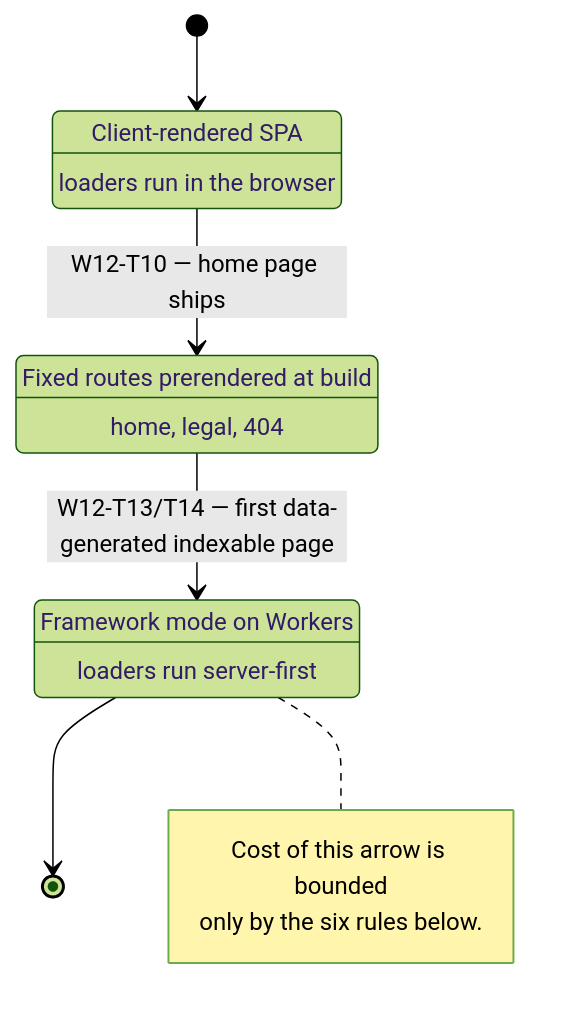
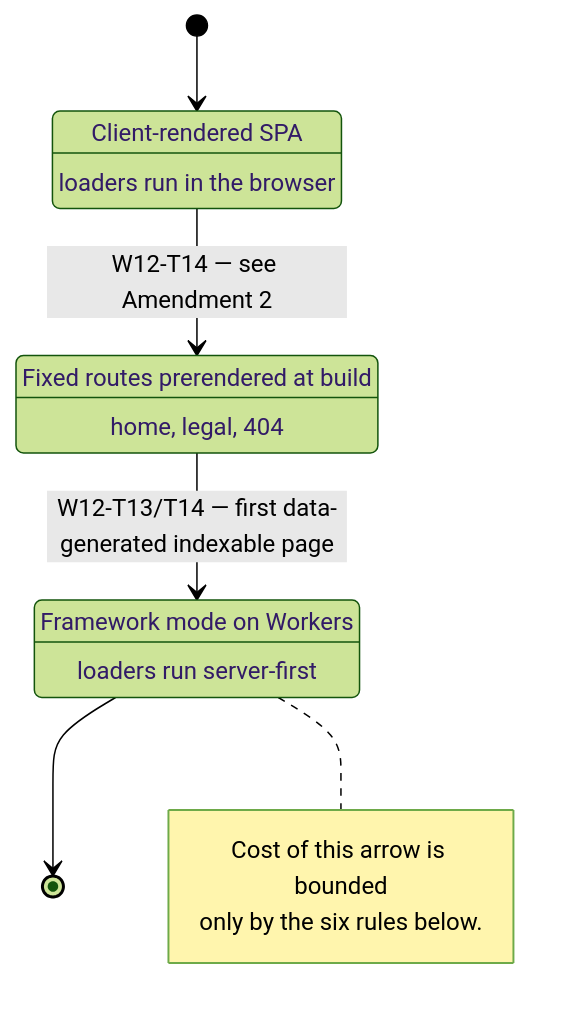
Before and after one commit to mastrobardo/marketplace: the first of 3 diagrams in docs/adr/ADR-011-web-application-architecture.md, drawn with Mermaid (forest theme). The commit also changed other lines of this file and 23 other files, not shown here.

````diff
--- a/docs/adr/ADR-011-web-application-architecture.md
+++ b/docs/adr/ADR-011-web-application-architecture.md
@@ -99,19 +99,19 @@
 ```mermaid
 stateDiagram-v2
     [*] --> SPA
     SPA: Client-rendered SPA
     SPA: loaders run in the browser
     Prerendered: Fixed routes prerendered at build
     Prerendered: home, legal, 404
     SSR: Framework mode on Workers
     SSR: loaders run server-first
 
-    SPA --> Prerendered: W12-T10 — home page ships
+    SPA --> Prerendered: W12-T14 — see Amendment 2
     Prerendered --> SSR: W12-T13/T14 — first data-generated indexable page
     SSR --> [*]
 
     note right of SSR
       Cost of this arrow is bounded
       only by the six rules below.
     end note
 ```
````
